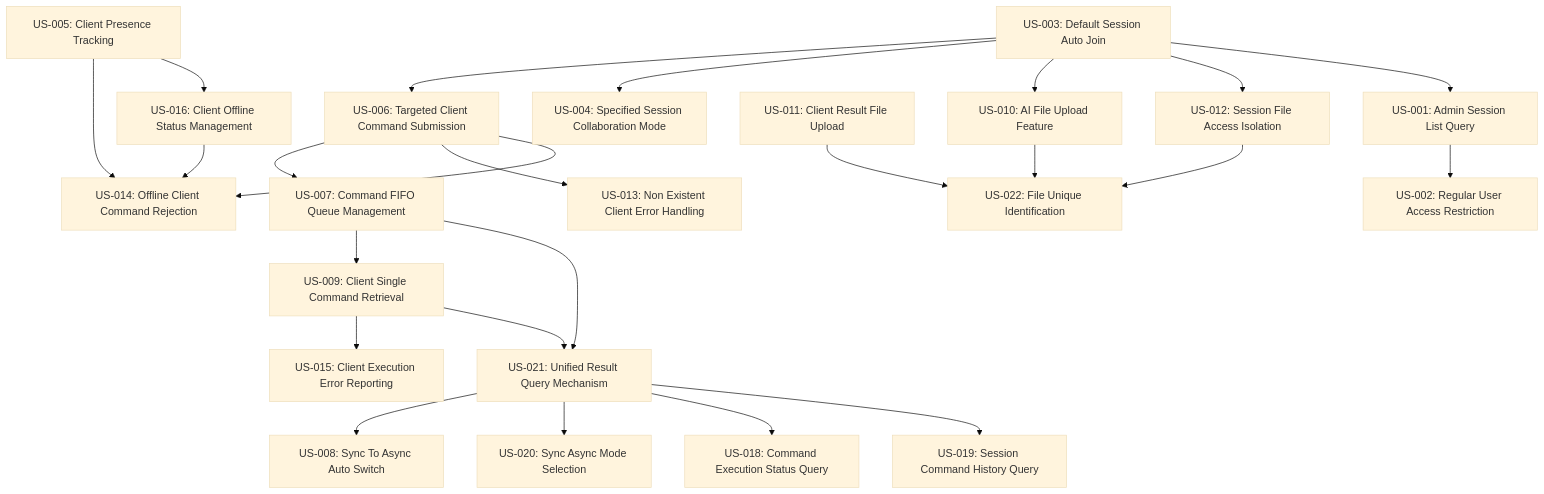
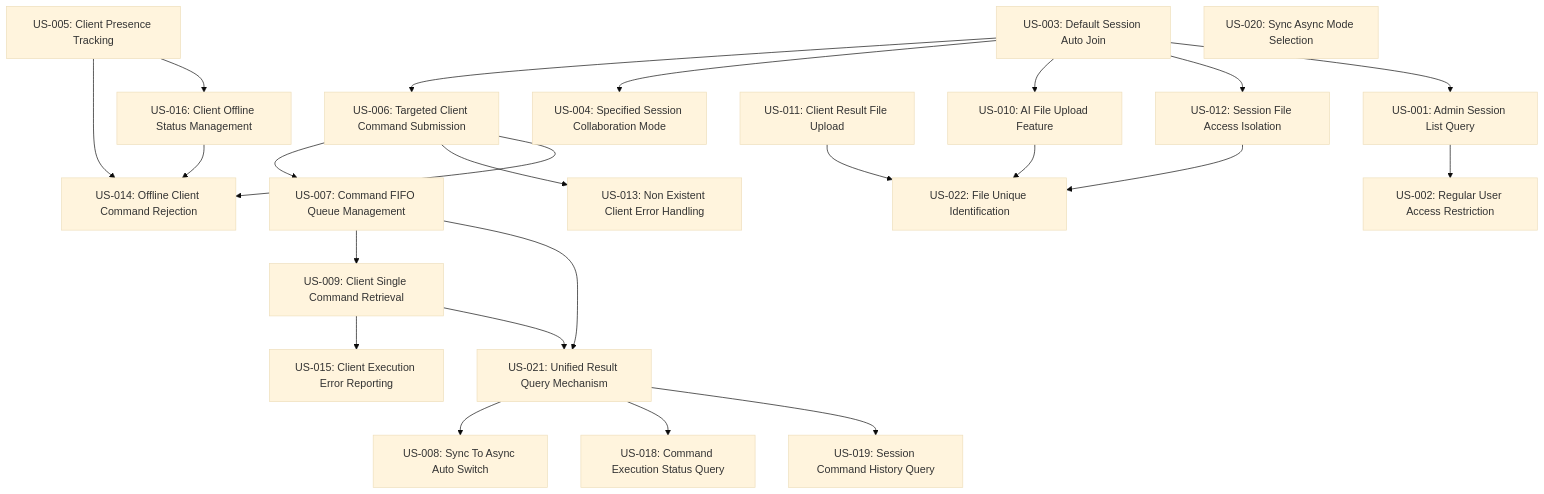
One commit to qty-playground/public-tunnel changed the diagram in docs/development/01_feature_dependency_matrix.md. Above: the diagram before and after it, drawn with Mermaid (base theme). The commit also changed other lines of this file and 1 other file, not shown here.

````diff
--- a/docs/development/01_feature_dependency_matrix.md
+++ b/docs/development/01_feature_dependency_matrix.md
@@ -74,66 +74,65 @@
 ```mermaid
 graph TD
     %% 基礎設施層 (P0)
     US003[US-003: Default Session Auto Join] 
     US005[US-005: Client Presence Tracking]
     US016[US-016: Client Offline Status Management]
     
     %% 核心業務層 (P1)
     US006[US-006: Targeted Client Command Submission]
     US007[US-007: Command FIFO Queue Management]
     US009[US-009: Client Single Command Retrieval]
     US021[US-021: Unified Result Query Mechanism]
     
     %% 進階功能層 (P2)
     US004[US-004: Specified Session Collaboration Mode]
     US008[US-008: Sync To Async Auto Switch]
     US020[US-020: Sync Async Mode Selection]
     
     %% 錯誤處理層 (P2)
     US013[US-013: Non Existent Client Error Handling]
     US014[US-014: Offline Client Command Rejection]
     US015[US-015: Client Execution Error Reporting]
     
     %% 檔案管理層 (P2)
     US010[US-010: AI File Upload Feature]
     US011[US-011: Client Result File Upload]
     US012[US-012: Session File Access Isolation]
     US022[US-022: File Unique Identification]
     
     %% 查詢與監控層 (P3)
     US018[US-018: Command Execution Status Query]
     US019[US-019: Session Command History Query]
     
     %% 權限管理層 (P3)
     US001[US-001: Admin Session List Query]
     US002[US-002: Regular User Access Restriction]
     
     %% 相依關係
     US003 --> US006
     US003 --> US004
     US005 --> US014
     US005 --> US016
     US016 --> US014
     
     US006 --> US007
     US006 --> US013
     US006 --> US014
     US007 --> US009
     US007 --> US021
     US009 --> US015
     US009 --> US021
     
     US021 --> US008
-    US021 --> US020
     US021 --> US018
     US021 --> US019
     
     US003 --> US010
     US003 --> US012
     US010 --> US022
     US011 --> US022
     US012 --> US022
     
     US003 --> US001
     US001 --> US002
 ```
````
